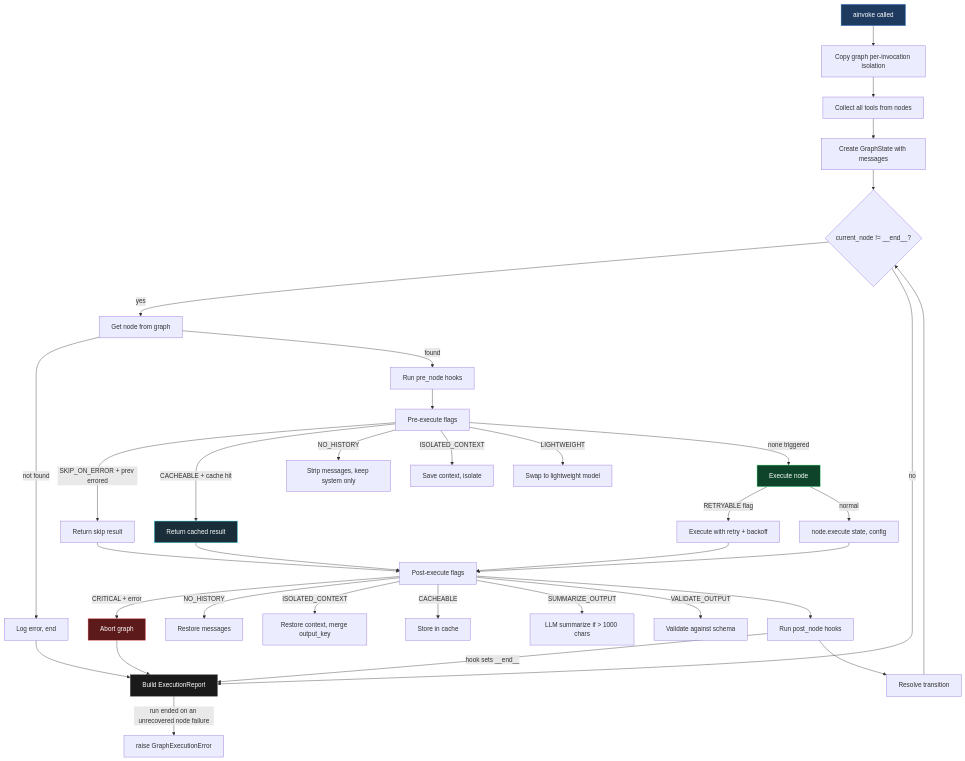
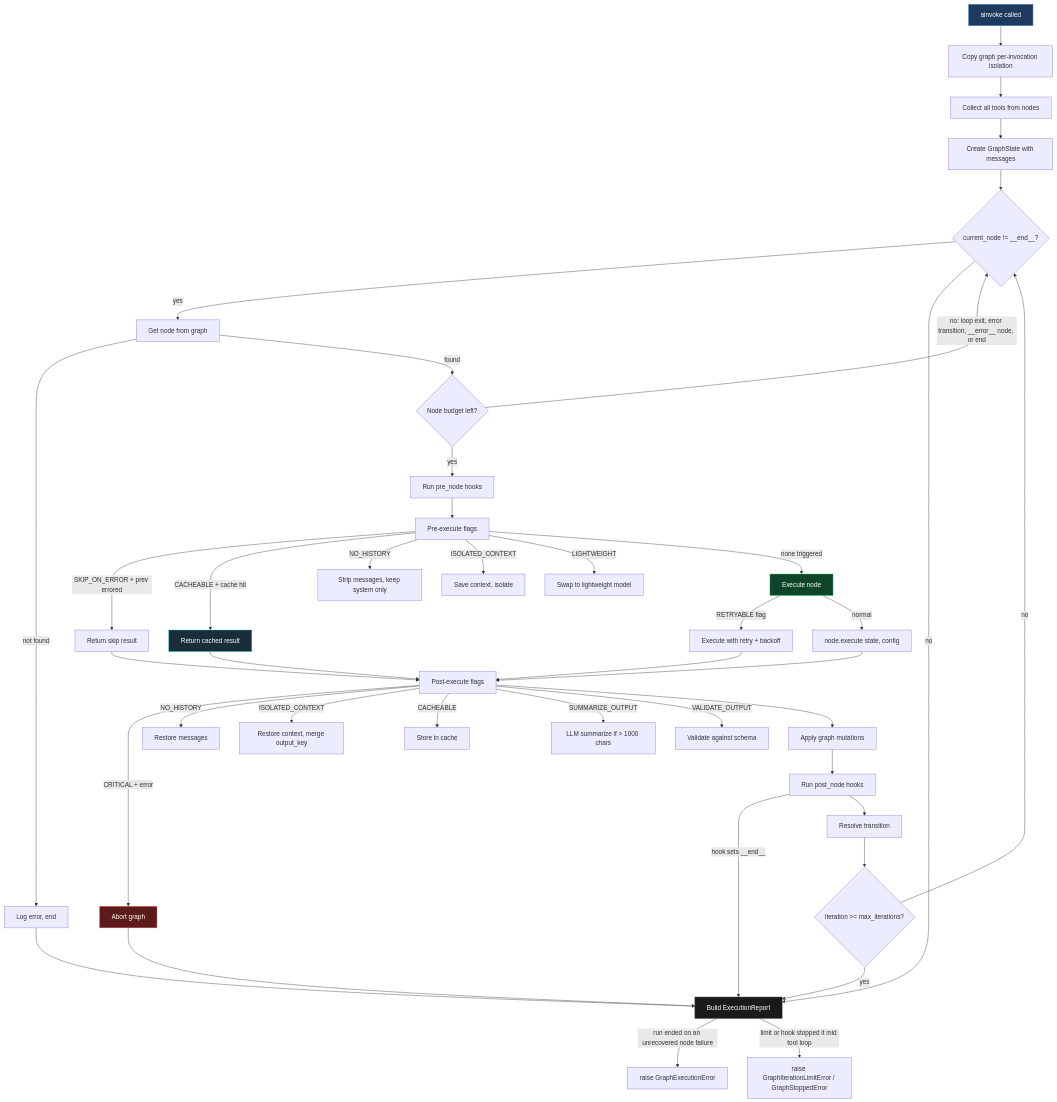
The second of 10 diagrams in docs/core/engine-internals.md (CloudEngineHub/DeepMCPAgent), drawn with Mermaid before and after one commit. The commit also changed other lines of this file and 11 other files, not shown here.

First line of the commit message:
docs(engine): reasoning graph reference matches the engine

````diff
--- a/docs/core/engine-internals.md
+++ b/docs/core/engine-internals.md
@@ -41,49 +41,55 @@
 ```mermaid
 graph TD
     START[ainvoke called] --> COPY[Copy graph per-invocation isolation]
     COPY --> TOOLS[Collect all tools from nodes]
     TOOLS --> STATE[Create GraphState with messages]
     STATE --> LOOP{current_node != __end__?}
 
     LOOP --> |yes| GET[Get node from graph]
     GET --> |not found| END_ERR[Log error, end]
-    GET --> |found| PRE_HOOK[Run pre_node hooks]
+    GET --> |found| BUDGET{Node budget left?}
+    BUDGET --> |"no: loop exit, error transition, __error__ node, or end"| LOOP
+    BUDGET --> |yes| PRE_HOOK[Run pre_node hooks]
 
     PRE_HOOK --> PRE_FLAG[Pre-execute flags]
     PRE_FLAG --> |SKIP_ON_ERROR + prev errored| SKIP[Return skip result]
     PRE_FLAG --> |CACHEABLE + cache hit| CACHE_HIT[Return cached result]
     PRE_FLAG --> |NO_HISTORY| STRIP[Strip messages, keep system only]
     PRE_FLAG --> |ISOLATED_CONTEXT| ISOLATE[Save context, isolate]
     PRE_FLAG --> |LIGHTWEIGHT| SWAP_MODEL[Swap to lightweight model]
     PRE_FLAG --> |none triggered| EXEC_NODE[Execute node]
 
     SKIP --> POST_FLAG
     CACHE_HIT --> POST_FLAG
     EXEC_NODE --> |RETRYABLE flag| RETRY[Execute with retry + backoff]
     EXEC_NODE --> |normal| NORMAL[node.execute state, config]
     RETRY --> POST_FLAG
     NORMAL --> POST_FLAG
 
     POST_FLAG[Post-execute flags] --> |CRITICAL + error| ABORT[Abort graph]
     POST_FLAG --> |NO_HISTORY| RESTORE_MSG[Restore messages]
     POST_FLAG --> |ISOLATED_CONTEXT| RESTORE_CTX[Restore context, merge output_key]
     POST_FLAG --> |CACHEABLE| CACHE_STORE[Store in cache]
     POST_FLAG --> |SUMMARIZE_OUTPUT| SUMMARIZE[LLM summarize if > 1000 chars]
     POST_FLAG --> |VALIDATE_OUTPUT| VALIDATE[Validate against schema]
-    POST_FLAG --> POST_HOOK
+    POST_FLAG --> MUT[Apply graph mutations]
+    MUT --> POST_HOOK
 
     POST_HOOK[Run post_node hooks] --> |hook sets __end__| END
     POST_HOOK --> TRANSITION[Resolve transition]
-    TRANSITION --> LOOP
+    TRANSITION --> ITER{iteration >= max_iterations?}
+    ITER --> |yes| END
+    ITER --> |no| LOOP
 
     ABORT --> END[Build ExecutionReport]
     END_ERR --> END
     LOOP --> |no| END
     END --> |run ended on an unrecovered node failure| RAISE[raise GraphExecutionError]
+    END --> |"limit or hook stopped it mid tool loop"| RAISE2[raise GraphIterationLimitError / GraphStoppedError]
 
     style START fill:#1e3a5f,stroke:#60a5fa,color:#fff
     style EXEC_NODE fill:#0e4429,stroke:#4ade80,color:#fff
     style ABORT fill:#5c1a1a,stroke:#f87171,color:#fff
     style END fill:#1a1a1a,stroke:#666,color:#fff
     style CACHE_HIT fill:#1a2e3a,stroke:#22d3ee,color:#fff
 ```
````
